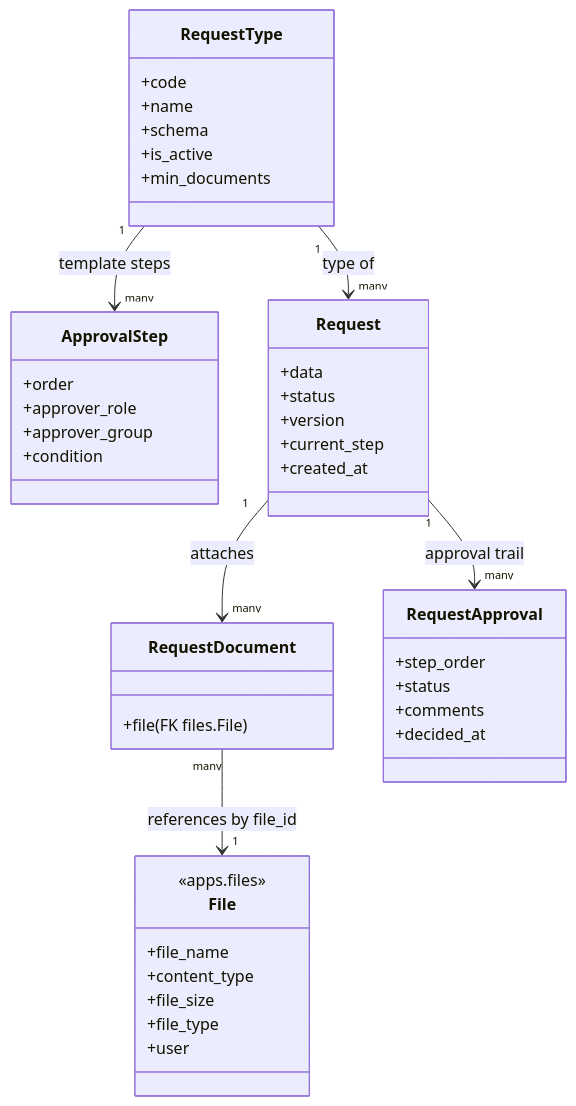
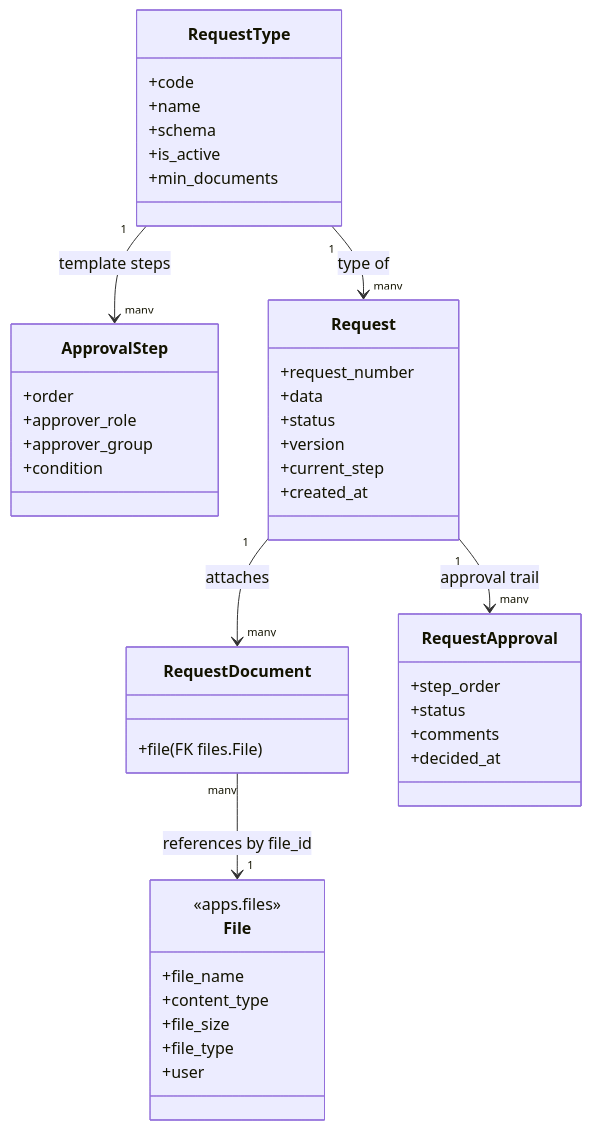
One commit to pucardotorg/dristi-be changed the first of 8 diagrams in spec/0010-simple-requests-flow.md. Above: the diagram before and after it, drawn with Mermaid. The commit also changed other lines of this file and 15 other files, not shown here.

Commit message:
Added human readable request_number to the request

````diff
--- a/spec/0010-simple-requests-flow.md
+++ b/spec/0010-simple-requests-flow.md
@@ -56,45 +58,46 @@
 ```mermaid
 classDiagram
   class RequestType {
     +code
     +name
     +schema
     +is_active
     +min_documents
   }
   class ApprovalStep {
     +order
     +approver_role
     +approver_group
     +condition
   }
   class Request {
+    +request_number
     +data
     +status
     +version
     +current_step
     +created_at
   }
   class RequestDocument {
     +file  (FK files.File)
   }
   class File {
     <<apps.files>>
     +file_name
     +content_type
     +file_size
     +file_type
     +user
   }
   class RequestApproval {
     +step_order
     +status
     +comments
     +decided_at
   }
   RequestType "1" --> "many" ApprovalStep : template steps
   RequestType "1" --> "many" Request : type of
   Request "1" --> "many" RequestDocument : attaches
   RequestDocument "many" --> "1" File : references by file_id
   Request "1" --> "many" RequestApproval : approval trail
 ```
````
